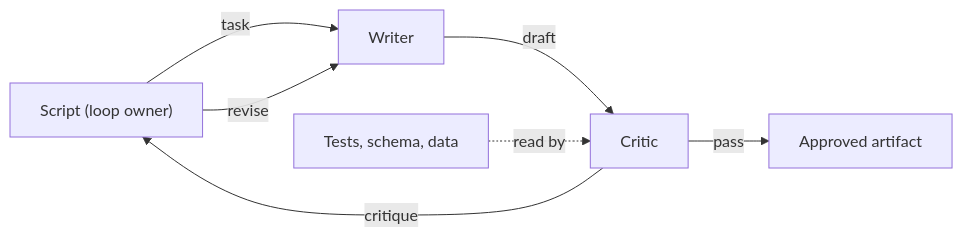
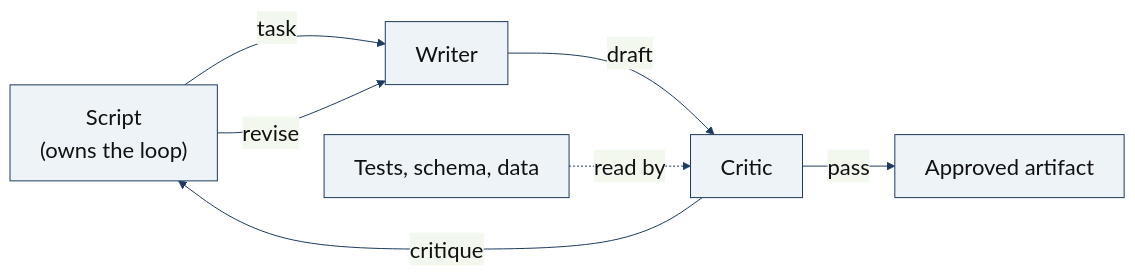
The diagram in diagrams/writer-critic.mmd (xoubish/multiGrits), drawn with Mermaid before and after one commit. The commit also changed 10 other files, not shown here.

Commit message:
pipeline: diagrammer in worktree diagrams

```diff
--- a/diagrams/writer-critic.mmd
+++ b/diagrams/writer-critic.mmd
@@ -1,7 +1,8 @@
+%%{init: {"theme": "base", "themeVariables": {"fontSize": "22px", "primaryColor": "#eef3f8", "primaryBorderColor": "#1e3a5f", "primaryTextColor": "#111", "lineColor": "#1e3a5f"}}}%%
 flowchart LR
-  S["Script (loop owner)"] -->|"task"| W["Writer"]
+  S["Script\n(owns the loop)"] -->|"task"| W["Writer"]
   W -->|"draft"| C["Critic"]
-  T["Tests, schema, data"] -.->|"read by"| C
+  Tt["Tests, schema, data"] -.->|"read by"| C
   C -->|"critique"| S
   S -->|"revise"| W
   C -->|"pass"| F["Approved artifact"]
```
